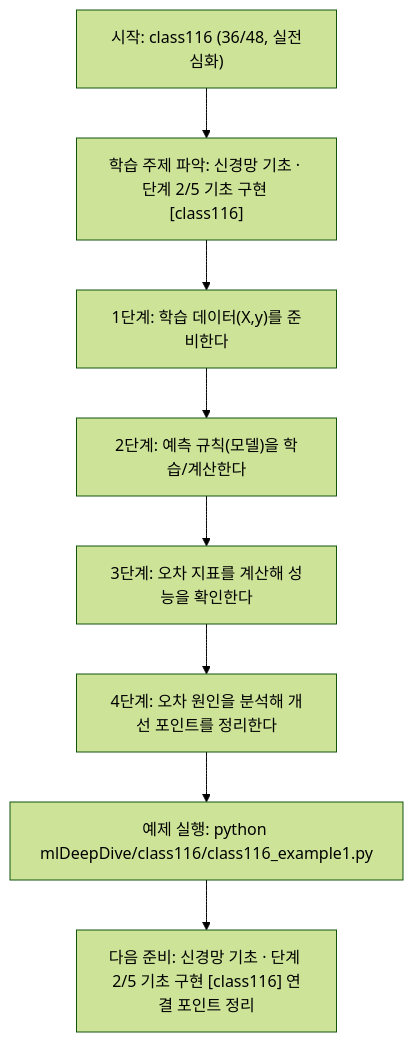
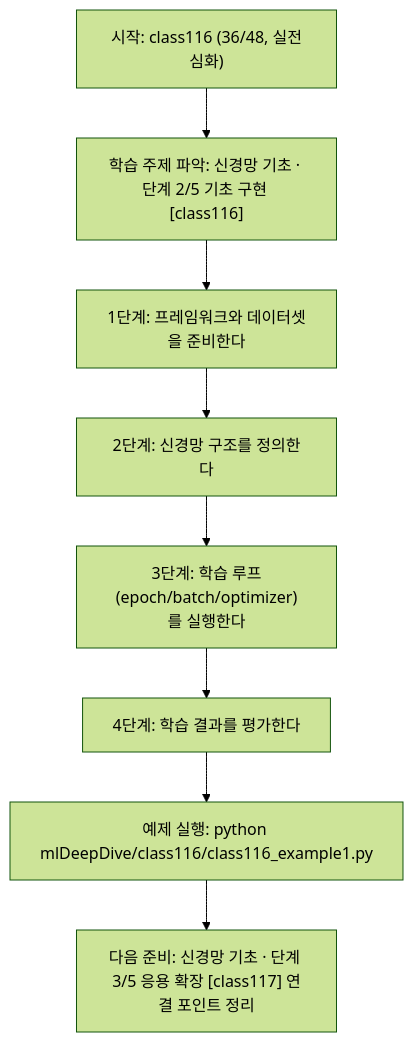
One commit to edumgt/Python-AI_Agent-Class changed the diagram in mlDeepDive/class116/class116.md. Above: the diagram before and after it, drawn with Mermaid (forest theme). The commit also changed other lines of this file and 338 other files, not shown here.

````diff
--- a/mlDeepDive/class116/class116.md
+++ b/mlDeepDive/class116/class116.md
@@ -109,18 +90,18 @@
 ```mermaid
 flowchart TD
 N1["시작: class116 (36/48, 실전심화)"]
 N2["학습 주제 파악: 신경망 기초 · 단계 2/5 기초 구현 [class116]"]
-N3["1단계: 학습 데이터(X,y)를 준비한다"]
-N4["2단계: 예측 규칙(모델)을 학습/계산한다"]
-N5["3단계: 오차 지표를 계산해 성능을 확인한다"]
-N6["4단계: 오차 원인을 분석해 개선 포인트를 정리한다"]
+N3["1단계: 프레임워크와 데이터셋을 준비한다"]
+N4["2단계: 신경망 구조를 정의한다"]
+N5["3단계: 학습 루프(epoch/batch/optimizer)를 실행한다"]
+N6["4단계: 학습 결과를 평가한다"]
 N7["예제 실행: python mlDeepDive/class116/class116_example1.py"]
-N8["다음 준비: 신경망 기초 · 단계 2/5 기초 구현 [class116] 연결 포인트 정리"]
+N8["다음 준비: 신경망 기초 · 단계 3/5 응용 확장 [class117] 연결 포인트 정리"]
 N1 --> N2
 N2 --> N3
 N3 --> N4
 N4 --> N5
 N5 --> N6
 N6 --> N7
 N7 --> N8
 ```
````
